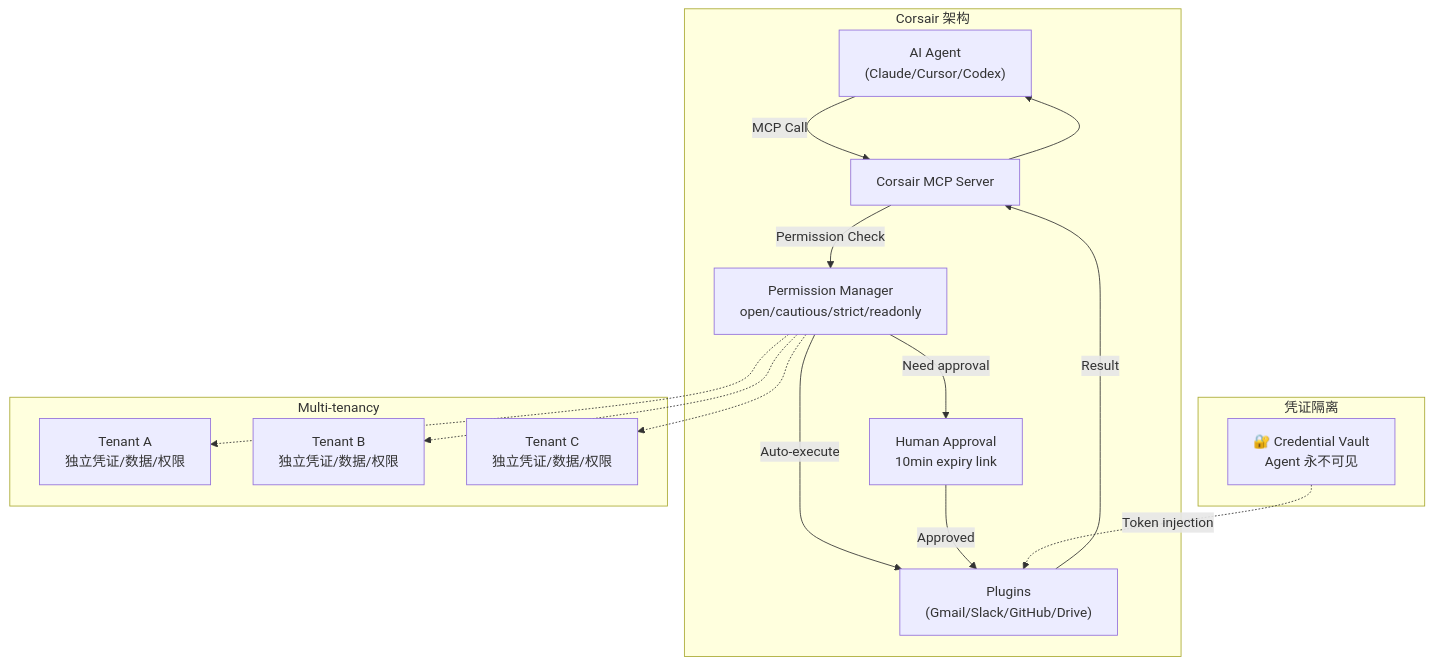
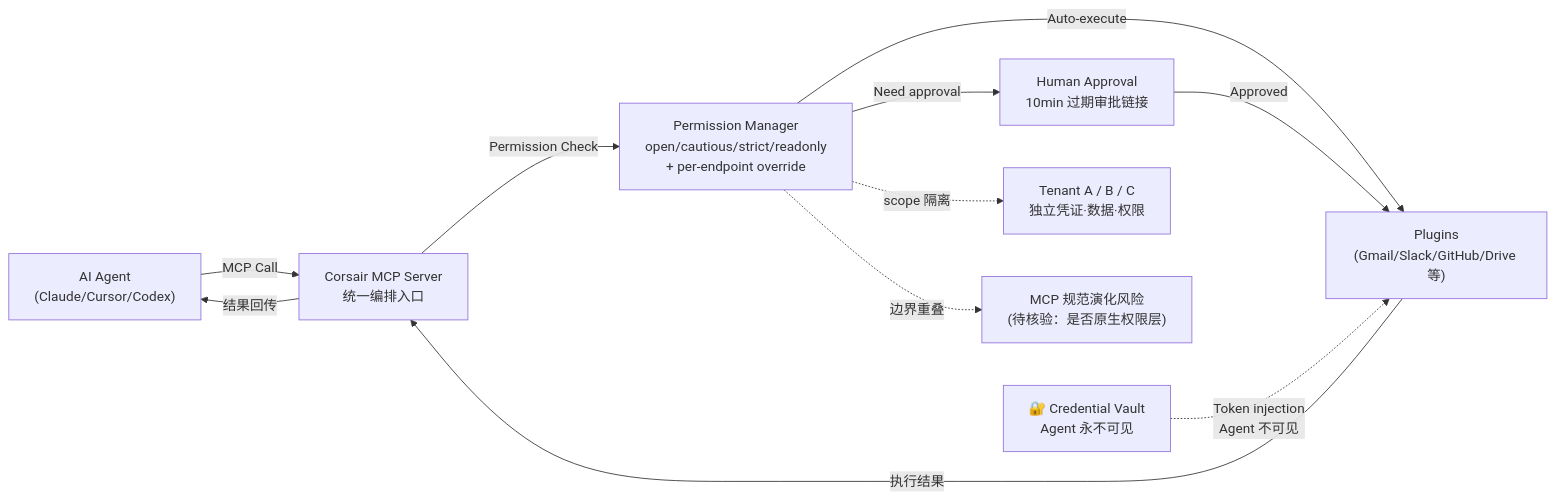
Before and after one commit to aiutil/github-researcher: the diagram in projects/corsairdev-corsair.md, drawn with Mermaid. The commit also changed other lines of this file and 939 other files, not shown here.

Commit message:
feat: add architect briefs and Mermaid project maps

````diff
--- a/projects/corsairdev-corsair.md
+++ b/projects/corsairdev-corsair.md
@@ -43,24 +56,22 @@
 ```mermaid
-graph TB
-    subgraph "Corsair 架构"
-        Agent["AI Agent<br/>(Claude/Cursor/Codex)"] -->|"MCP Call"| MCP["Corsair MCP Server"]
-        MCP -->|"Permission Check"| PM["Permission Manager<br/>open/cautious/strict/readonly"]
-        PM -->|"Auto-execute"| Plugins["Plugins<br/>(Gmail/Slack/GitHub/Drive)"]
-        PM -->|"Need approval"| Human["Human Approval<br/>10min expiry link"]
-        Human -->|"Approved"| Plugins
-        Plugins -->|"Result"| MCP --> Agent
-    end
-    
-    subgraph "凭证隔离"
-        Vault["🔐 Credential Vault<br/>Agent 永不可见"]
-        Vault -.->|"Token injection"| Plugins
-    end
-    
-    subgraph "Multi-tenancy"
-        T1["Tenant A<br/>独立凭证/数据/权限"]
-        T2["Tenant B<br/>独立凭证/数据/权限"]
-        T3["Tenant C<br/>独立凭证/数据/权限"]
-    end
-    
-    PM -.-> T1 & T2 & T3
+graph LR
+    Agent["AI Agent<br/>(Claude/Cursor/Codex)"]
+    MCP["Corsair MCP Server<br/>统一编排入口"]
+    PM["Permission Manager<br/>open/cautious/strict/readonly<br/>+ per-endpoint override"]
+    Vault["🔐 Credential Vault<br/>Agent 永不可见"]
+    Plugins["Plugins<br/>(Gmail/Slack/GitHub/Drive 等)"]
+    Human["Human Approval<br/>10min 过期审批链接"]
+    Tenants["Tenant A / B / C<br/>独立凭证·数据·权限"]
+    MCPBoundary["MCP 规范演化风险<br/>(待核验：是否原生权限层)"]
+
+    Agent -->|"MCP Call"| MCP
+    MCP -->|"Permission Check"| PM
+    PM -->|"Auto-execute"| Plugins
+    PM -->|"Need approval"| Human
+    Human -->|"Approved"| Plugins
+    Plugins -->|"执行结果"| MCP
+    MCP -->|"结果回传"| Agent
+    Vault -.->|"Token injection<br/>Agent 不可见"| Plugins
+    PM -.->|"scope 隔离"| Tenants
+    PM -.->|"边界重叠"| MCPBoundary
 ```
````
